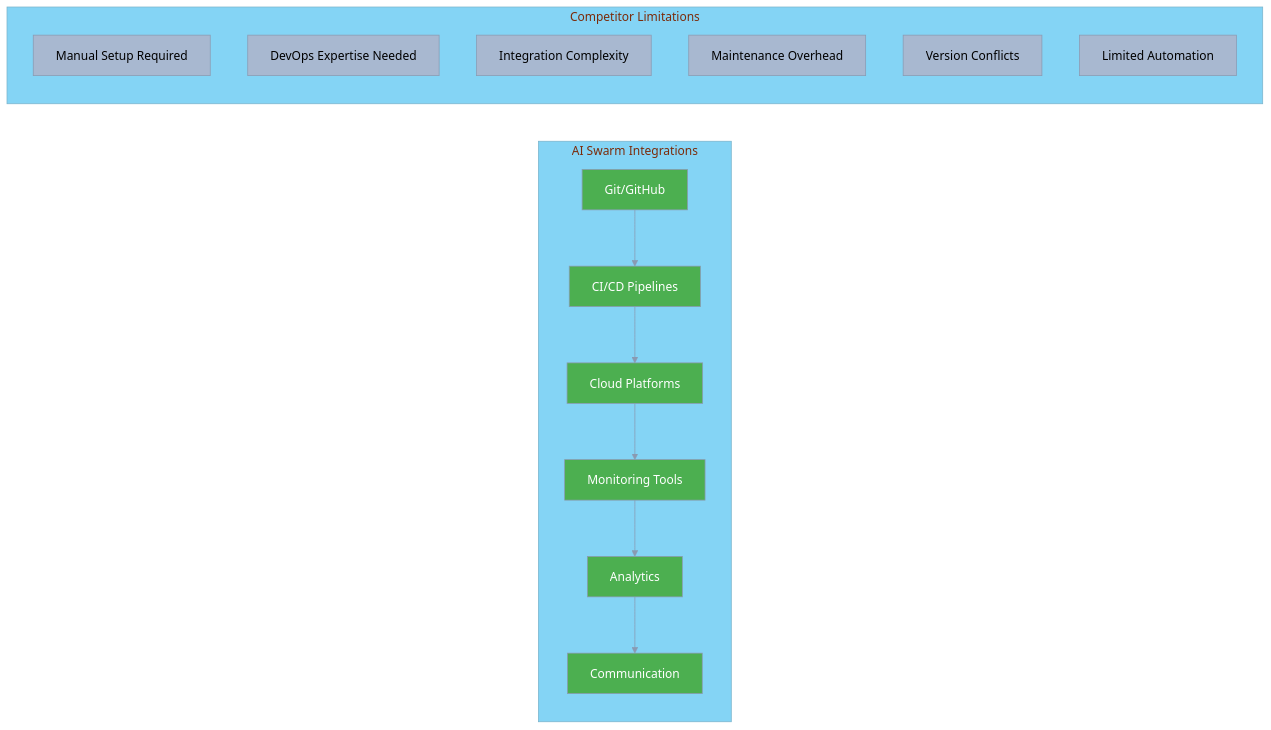
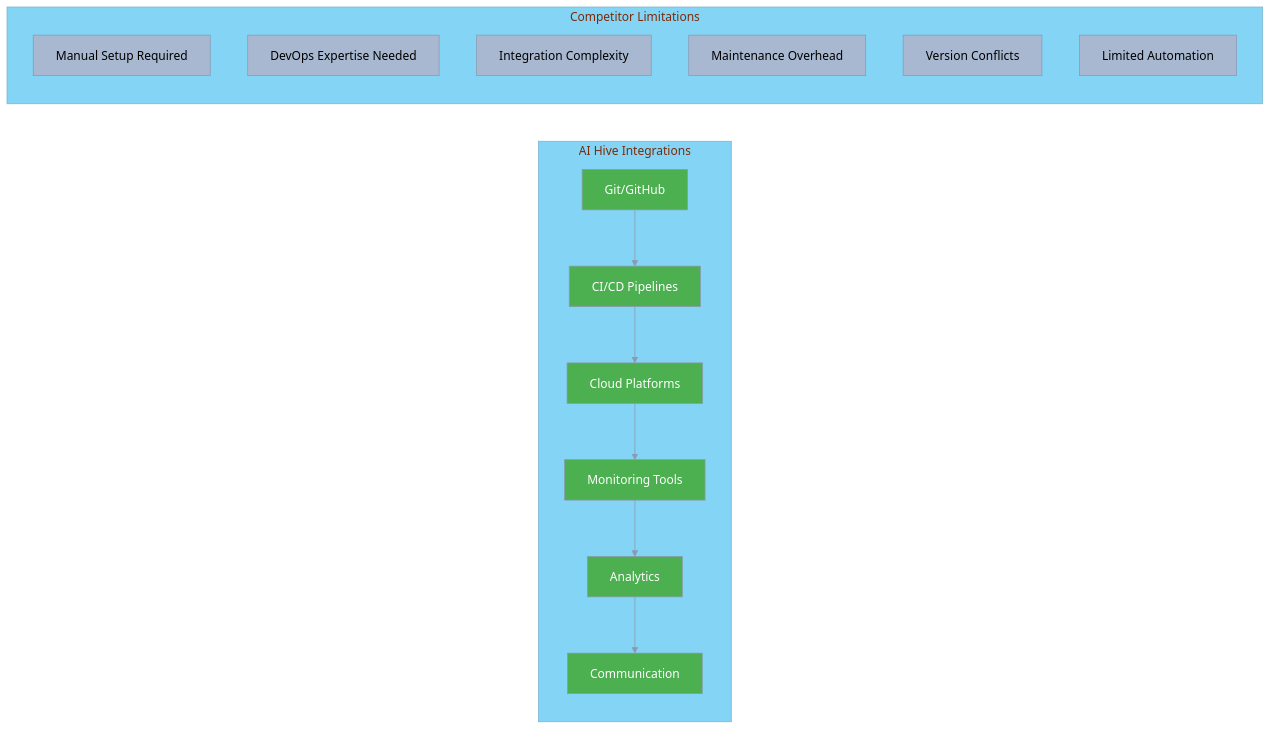
The fourth of 10 diagrams in business-documents/competitive-positioning/04-feature-comparison.md (o2alexanderfedin/AI-Hive-Business-Docs), drawn with Mermaid before and after one commit. The commit also changed other lines of this file and 22 other files, not shown here.

First line of the commit message:
Replace all references from 'AI Swarm' to 'AI Hive' across project

````diff
--- a/business-documents/competitive-positioning/04-feature-comparison.md
+++ b/business-documents/competitive-positioning/04-feature-comparison.md
@@ -300,38 +300,38 @@
 ```mermaid
 %%{init: {
   'theme': 'base',
   'themeVariables': {
     'primaryColor': '#A8B8D0',
     'primaryTextColor': '#000000',
     'primaryBorderColor': '#8A9AB2',
     'lineColor': '#8A9AB2',
     'secondaryColor': '#5DBCB6',
     'tertiaryColor': '#84D4F5',
     'background': '#F5F5F5'
   }
 }}%%
 graph LR
-    subgraph "AI Swarm Integrations"
+    subgraph "AI Hive Integrations"
         A1[Git/GitHub] --> B1[CI/CD Pipelines]
         B1 --> C1[Cloud Platforms]
         C1 --> D1[Monitoring Tools]
         D1 --> E1[Analytics]
         E1 --> F1[Communication]
 
         style A1 fill:#4CAF50,color:#fff
         style B1 fill:#4CAF50,color:#fff
         style C1 fill:#4CAF50,color:#fff
         style D1 fill:#4CAF50,color:#fff
         style E1 fill:#4CAF50,color:#fff
         style F1 fill:#4CAF50,color:#fff
     end
 
     subgraph "Competitor Limitations"
         A2[Manual Setup Required]
         B2[DevOps Expertise Needed]
         C2[Integration Complexity]
         D2[Maintenance Overhead]
         E2[Version Conflicts]
         F2[Limited Automation]
     end
 ```
````
